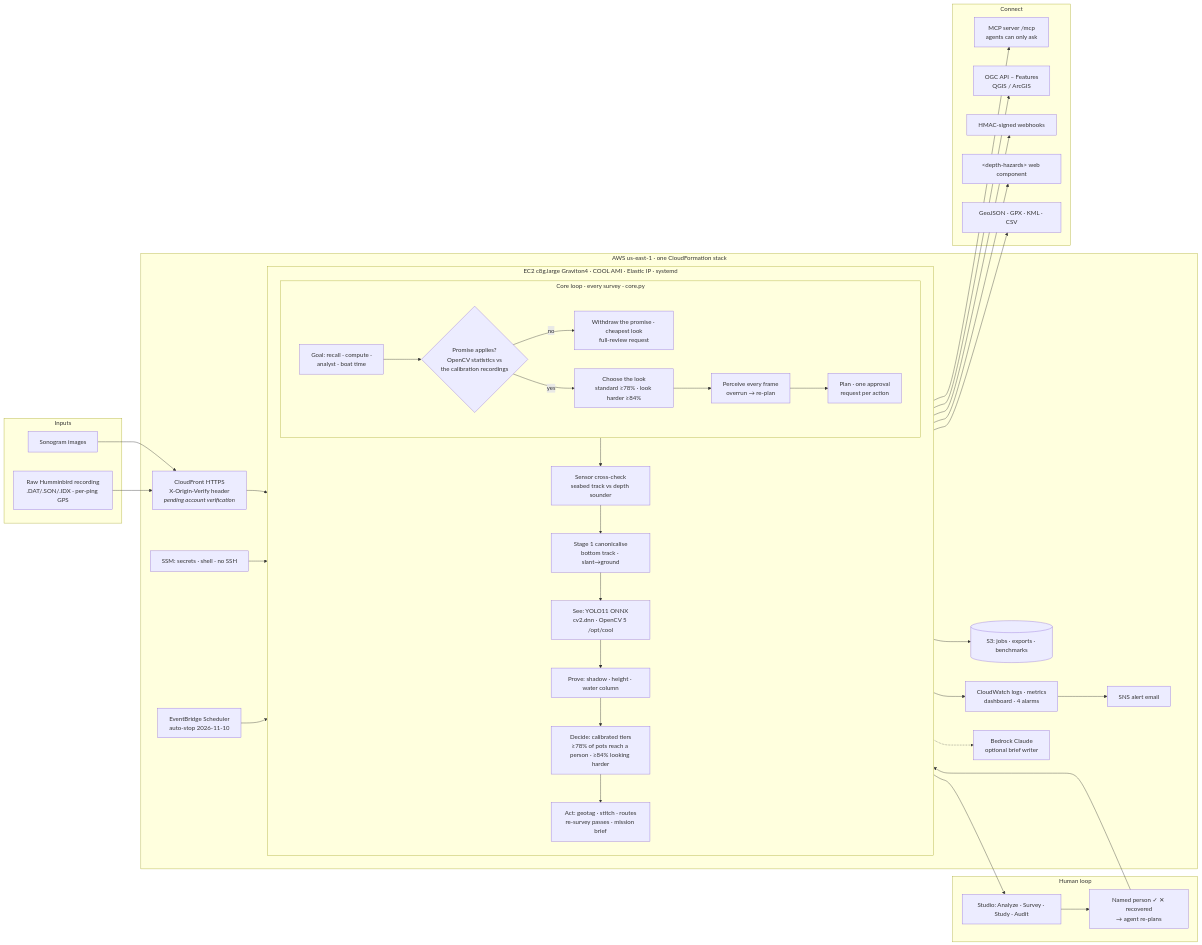
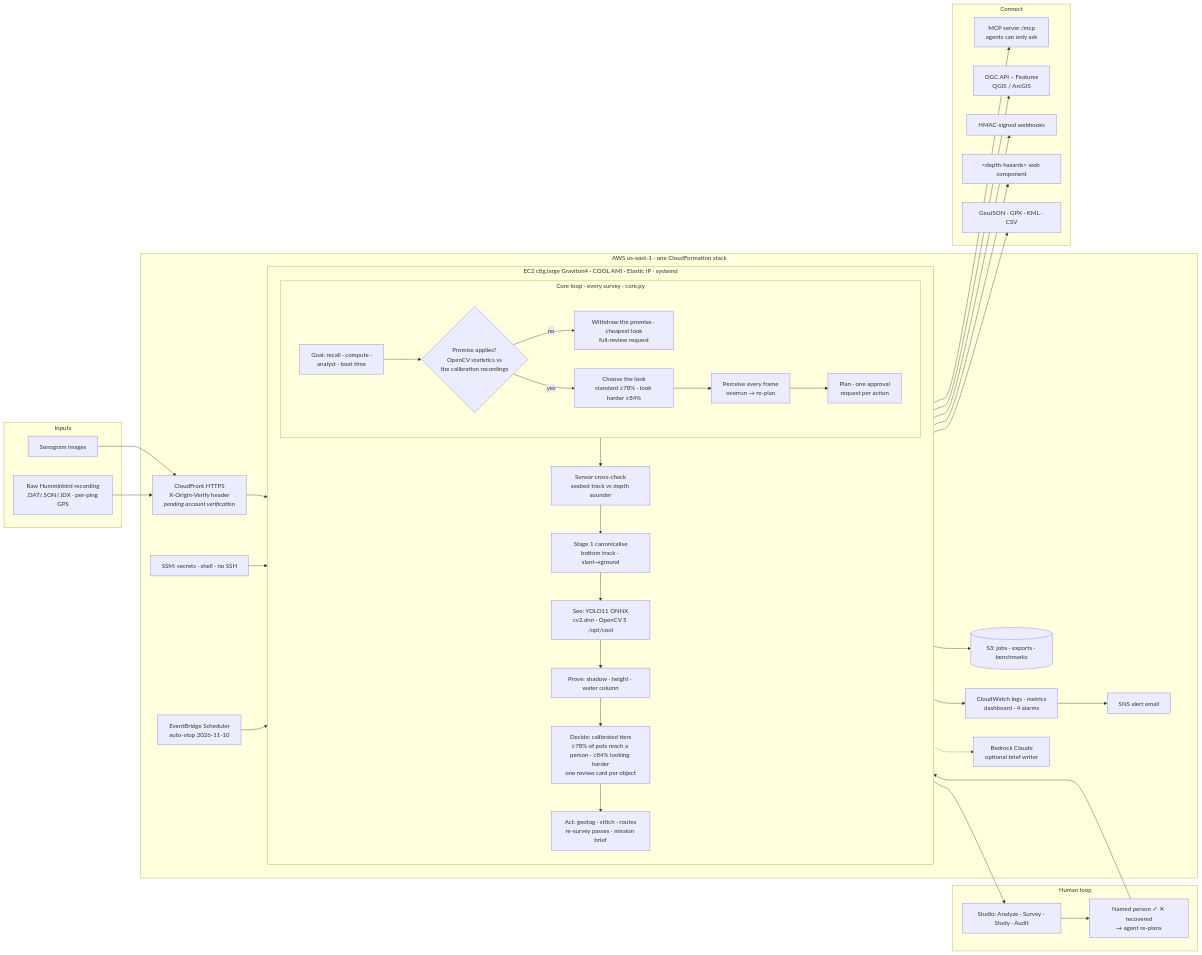
Before and after one commit to madhesh60/depth: the first of 2 diagrams in docs/lucidchart_diagram.md, drawn with Mermaid.

Commit message:
docs: the Lucidchart source names one review card per object in the Decide stage

````diff
--- a/docs/lucidchart_diagram.md
+++ b/docs/lucidchart_diagram.md
@@ -11,60 +11,60 @@
 ```mermaid
 flowchart LR
   subgraph IN[Inputs]
     SON[Sonogram images]
     RAW[Raw Humminbird recording<br/>.DAT/.SON/.IDX · per-ping GPS]
   end
 
   subgraph AWS[AWS us-east-1 · one CloudFormation stack]
     CF[CloudFront HTTPS<br/>X-Origin-Verify header<br/><i>pending account verification</i>]
     subgraph EC2[EC2 c8g.large Graviton4 · COOL AMI · Elastic IP · systemd]
       direction TB
       subgraph LOOP[Core loop · every survey · core.py]
         direction LR
         G[Goal: recall · compute ·<br/>analyst · boat time] --> CK{Promise applies?<br/>OpenCV statistics vs<br/>the calibration recordings}
         CK -- no --> FR[Withdraw the promise · cheapest look<br/>full-review request]
         CK -- yes --> MODE[Choose the look<br/>standard ≥78% · look harder ≥84%]
         MODE --> PER[Perceive every frame<br/>overrun → re-plan]
         PER --> ASK[Plan · one approval<br/>request per action]
       end
       S0[Sensor cross-check<br/>seabed track vs depth sounder]
       S1[Stage 1 canonicalise<br/>bottom track · slant→ground]
       S2[See: YOLO11 ONNX<br/>cv2.dnn · OpenCV 5 /opt/cool]
       S3[Prove: shadow · height · water column]
-      S4[Decide: calibrated tiers<br/>≥78% of pots reach a person · ≥84% looking harder]
+      S4[Decide: calibrated tiers<br/>≥78% of pots reach a person · ≥84% looking harder<br/>one review card per object]
       S5[Act: geotag · stitch · routes<br/>re-survey passes · mission brief]
       S0 --> S1 --> S2 --> S3 --> S4 --> S5
     end
     S3B[(S3: jobs · exports · benchmarks)]
     CW[CloudWatch logs · metrics<br/>dashboard · 4 alarms]
     SNS[SNS alert email]
     SSM[SSM: secrets · shell · no SSH]
     SCH[EventBridge Scheduler<br/>auto-stop 2026-11-10]
     BED[Bedrock Claude<br/>optional brief writer]
   end
 
   subgraph HUM[Human loop]
     STU[Studio: Analyze · Survey · Study · Audit]
     PPL[Named person ✓ ✕ recovered<br/>→ agent re-plans]
   end
 
   subgraph OUT[Connect]
     MCP[MCP server /mcp<br/>agents can only ask]
     OGC[OGC API – Features<br/>QGIS / ArcGIS]
     WH[HMAC-signed webhooks]
     EMB[&lt;depth-hazards&gt; web component]
     EXP[GeoJSON · GPX · KML · CSV]
   end
 
   SON --> CF
   RAW --> CF
   CF --> EC2
   EC2 --> S3B
   EC2 --> CW --> SNS
   SSM --> EC2
   SCH --> EC2
   S5 -.-> BED
   PER --> S0
   ASK --> STU --> PPL --> S5
   S5 --> MCP & OGC & WH & EMB & EXP
 ```
````
